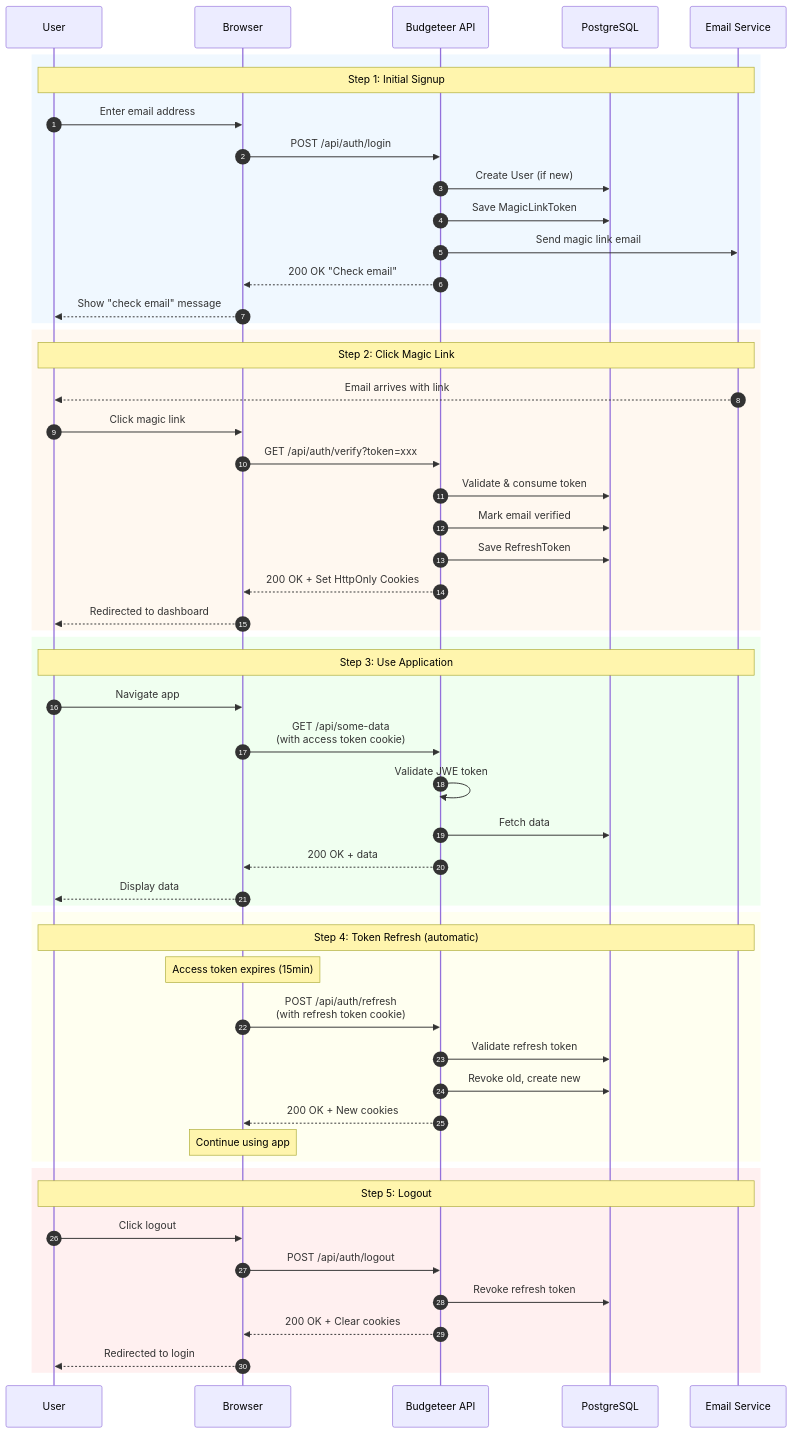
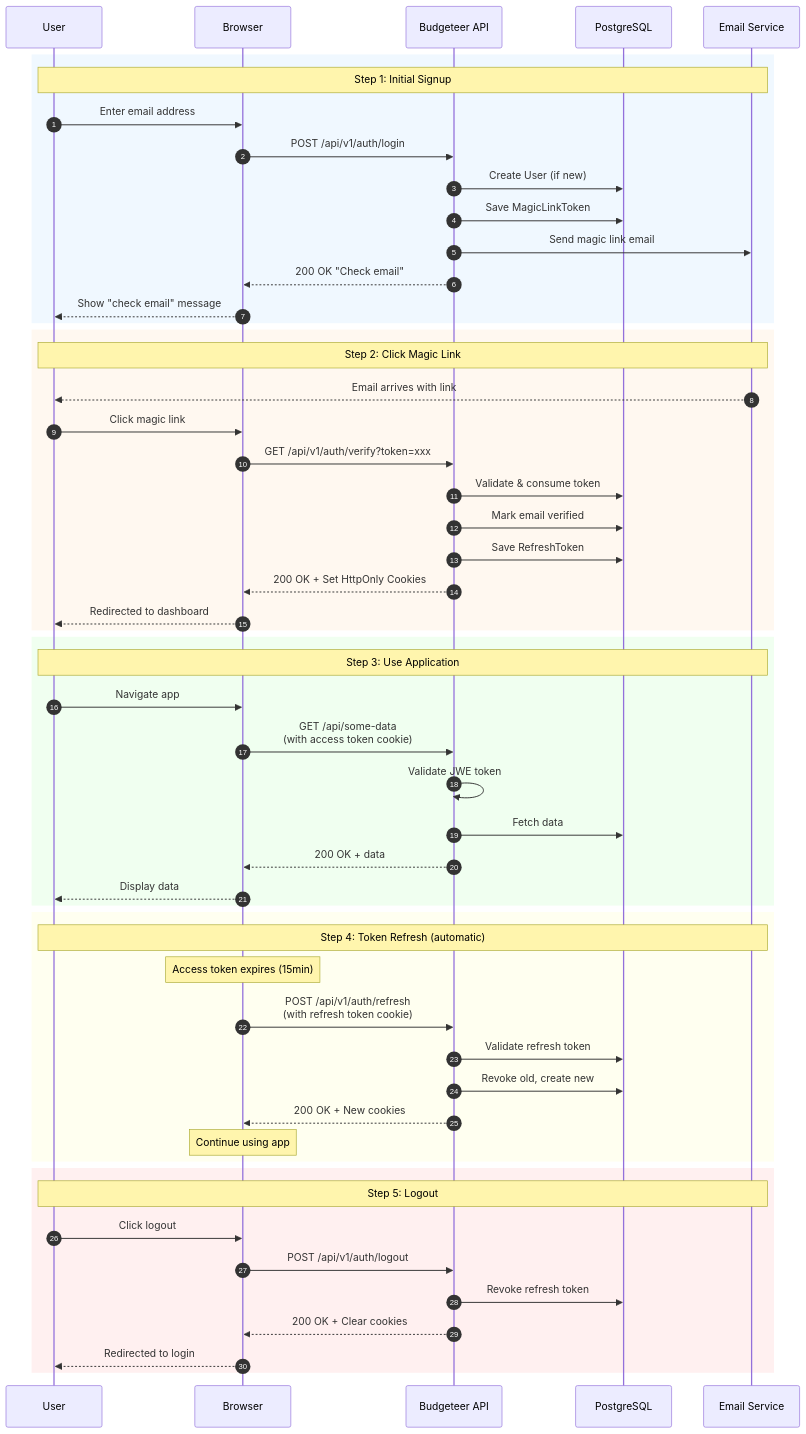
One commit to alexandermfisher/budgeteer changed the tenth of 10 diagrams in docs/diagrams/user-authentication-flow.md. Above: the diagram before and after it, drawn with Mermaid. The commit also changed other lines of this file and 19 other files, not shown here.

````diff
--- a/docs/diagrams/user-authentication-flow.md
+++ b/docs/diagrams/user-authentication-flow.md
@@ -349,61 +349,61 @@
 ```mermaid
 sequenceDiagram
     autonumber
     participant U as User
     participant B as Browser
     participant API as Budgeteer API
     participant DB as PostgreSQL
     participant E as Email Service
 
     rect rgb(240, 248, 255)
         Note over U,E: Step 1: Initial Signup
         U->>B: Enter email address
-        B->>API: POST /api/auth/login
+        B->>API: POST /api/v1/auth/login
         API->>DB: Create User (if new)
         API->>DB: Save MagicLinkToken
         API->>E: Send magic link email
         API-->>B: 200 OK "Check email"
         B-->>U: Show "check email" message
     end
 
     rect rgb(255, 248, 240)
         Note over U,E: Step 2: Click Magic Link
         E-->>U: Email arrives with link
         U->>B: Click magic link
-        B->>API: GET /api/auth/verify?token=xxx
+        B->>API: GET /api/v1/auth/verify?token=xxx
         API->>DB: Validate & consume token
         API->>DB: Mark email verified
         API->>DB: Save RefreshToken
         API-->>B: 200 OK + Set HttpOnly Cookies
         B-->>U: Redirected to dashboard
     end
 
     rect rgb(240, 255, 240)
         Note over U,E: Step 3: Use Application
         U->>B: Navigate app
         B->>API: GET /api/some-data<br/>(with access token cookie)
         API->>API: Validate JWE token
         API->>DB: Fetch data
         API-->>B: 200 OK + data
         B-->>U: Display data
     end
 
     rect rgb(255, 255, 240)
         Note over U,E: Step 4: Token Refresh (automatic)
         Note over B: Access token expires (15min)
-        B->>API: POST /api/auth/refresh<br/>(with refresh token cookie)
+        B->>API: POST /api/v1/auth/refresh<br/>(with refresh token cookie)
         API->>DB: Validate refresh token
         API->>DB: Revoke old, create new
         API-->>B: 200 OK + New cookies
         Note over B: Continue using app
     end
 
     rect rgb(255, 240, 240)
         Note over U,E: Step 5: Logout
         U->>B: Click logout
-        B->>API: POST /api/auth/logout
+        B->>API: POST /api/v1/auth/logout
         API->>DB: Revoke refresh token
         API-->>B: 200 OK + Clear cookies
         B-->>U: Redirected to login
     end
 ```
````
